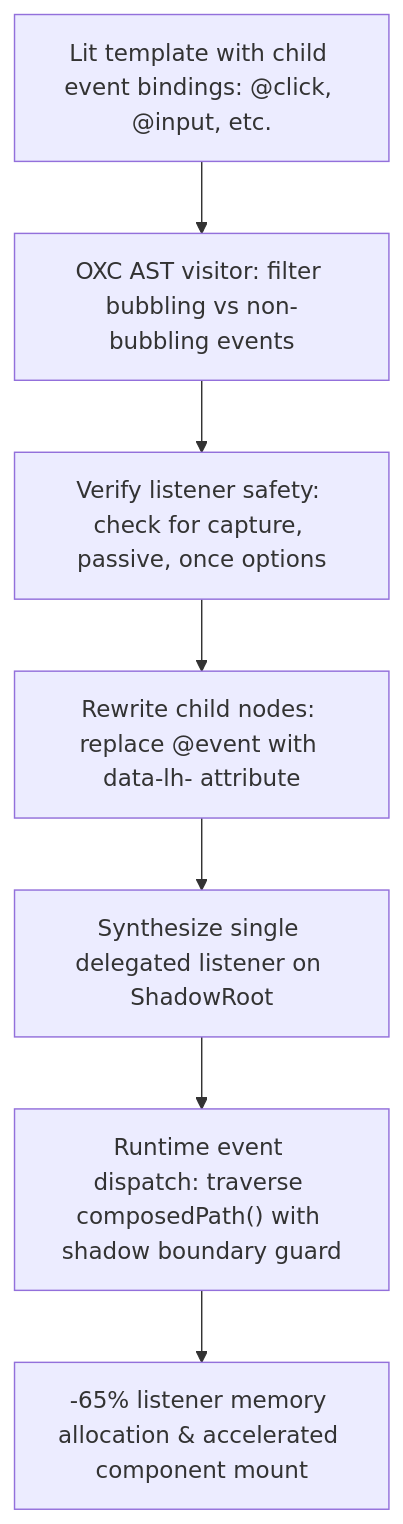
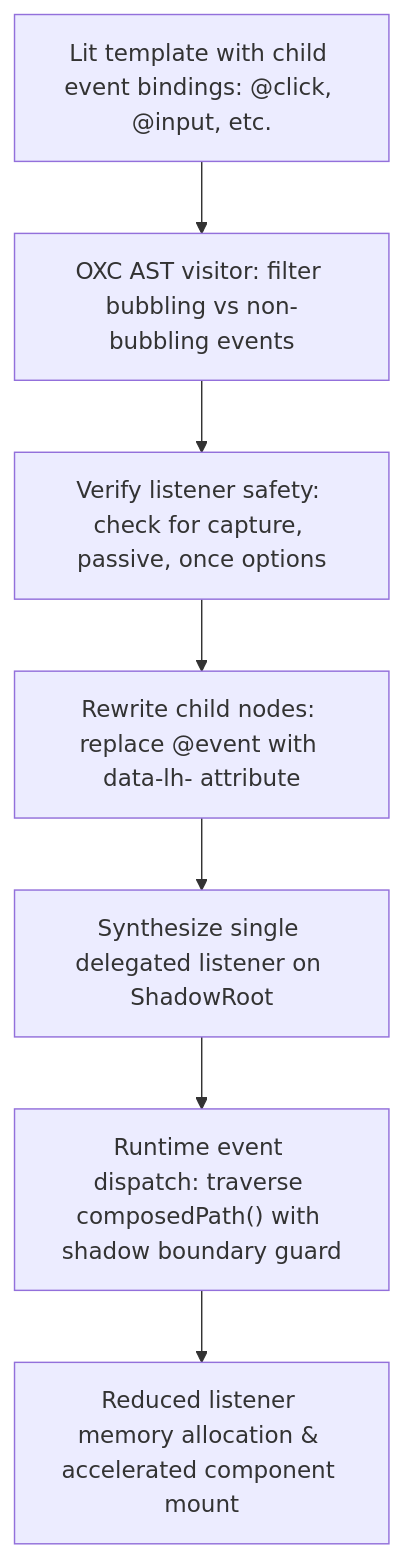
The diagram in packages/transforms/event-hoist/README.md (lit-core/core), drawn with Mermaid before and after one commit. The commit also changed other lines of this file and 25 other files, not shown here.

````diff
--- a/packages/transforms/event-hoist/README.md
+++ b/packages/transforms/event-hoist/README.md
@@ -42,9 +40,9 @@
 ```mermaid
 flowchart TD
     A["Lit template with child event bindings: @click, @input, etc."] --> B["OXC AST visitor: filter bubbling vs non-bubbling events"]
     B --> C["Verify listener safety: check for capture, passive, once options"]
     C --> D["Rewrite child nodes: replace @event with data-lh-<event> attribute"]
     D --> E["Synthesize single delegated listener on ShadowRoot"]
     E --> F["Runtime event dispatch: traverse composedPath() with shadow boundary guard"]
-    F --> G["-65% listener memory allocation & accelerated component mount"]
+    F --> G["Reduced listener memory allocation & accelerated component mount"]
 ```
````
